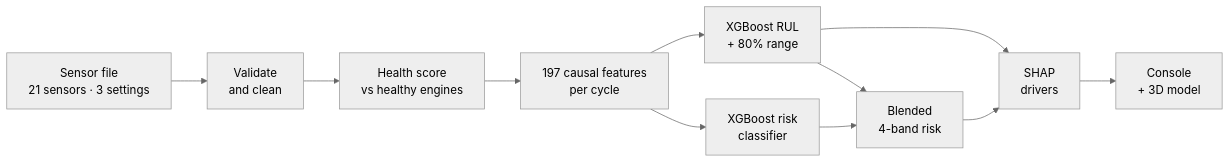
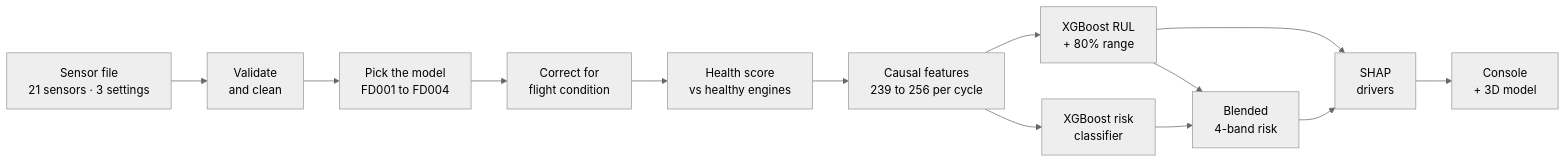
The diagram in README.md (Ruc-hi21/AeroSentineL), drawn with Mermaid (neutral theme) before and after one commit. The commit also changed other lines of this file and 2 other files, not shown here.

````diff
--- a/README.md
+++ b/README.md
@@ -138,13 +148,15 @@
 ```mermaid
 flowchart LR
     A["Sensor file<br/>21 sensors · 3 settings"] --> B["Validate<br/>and clean"]
-    B --> C["Health score<br/>vs healthy engines"]
-    C --> D["197 causal features<br/>per cycle"]
+    B --> P["Pick the model<br/>FD001 to FD004"]
+    P --> K["Correct for<br/>flight condition"]
+    K --> C["Health score<br/>vs healthy engines"]
+    C --> D["Causal features<br/>239 to 256 per cycle"]
     D --> E["XGBoost RUL<br/>+ 80% range"]
     D --> F["XGBoost risk<br/>classifier"]
     E --> G["Blended<br/>4-band risk"]
     F --> G
     E --> H["SHAP<br/>drivers"]
     G --> H
     H --> I["Console<br/>+ 3D model"]
 ```
````
